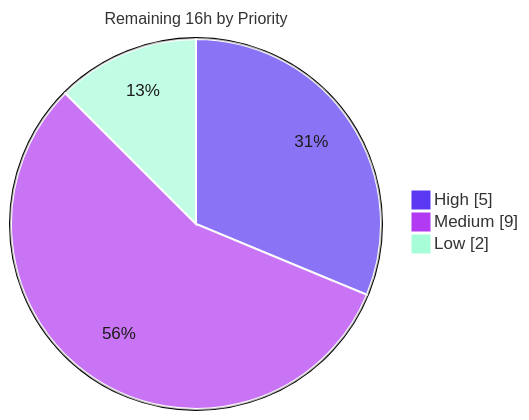
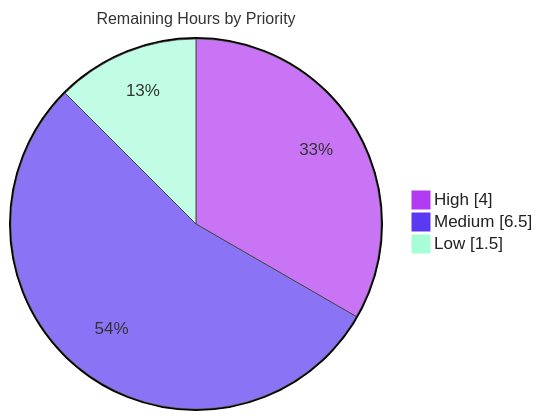
One commit to Blitzy-Sandbox/blitzy-celery changed the third of 3 diagrams in blitzy/documentation/Project Guide.md. Above: the diagram before and after it, drawn with Mermaid. The commit also changed other lines of this file, not shown here.

Commit message:
Adding Blitzy Project Guide: Project Status and Human Tasks Remaining

````diff
--- a/blitzy/documentation/Project Guide.md
+++ b/blitzy/documentation/Project Guide.md
@@ -208,7 +210,7 @@
 ```mermaid
-%%{init: {'theme':'base','themeVariables':{'pie1':'#5B39F3','pie2':'#B23AF2','pie3':'#A8FDD9','pieSectionTextColor':'#1B1B1B','pieStrokeColor':'#FFFFFF','pieStrokeWidth':'2px','pieTitleTextSize':'16px'}}}%%
-pie showData title Remaining 16h by Priority
-    "High" : 5
-    "Medium" : 9
-    "Low" : 2
+%%{init: {'theme':'base', 'themeVariables': {'pie1':'#B23AF2','pie2':'#5B39F3','pie3':'#A8FDD9','pieStrokeColor':'#333','pieStrokeWidth':'1px','pieTitleTextSize':'16px','pieLegendTextColor':'#222'}}}%%
+pie showData title Remaining Hours by Priority
+    "High" : 4
+    "Medium" : 6.5
+    "Low" : 1.5
 ```
````
